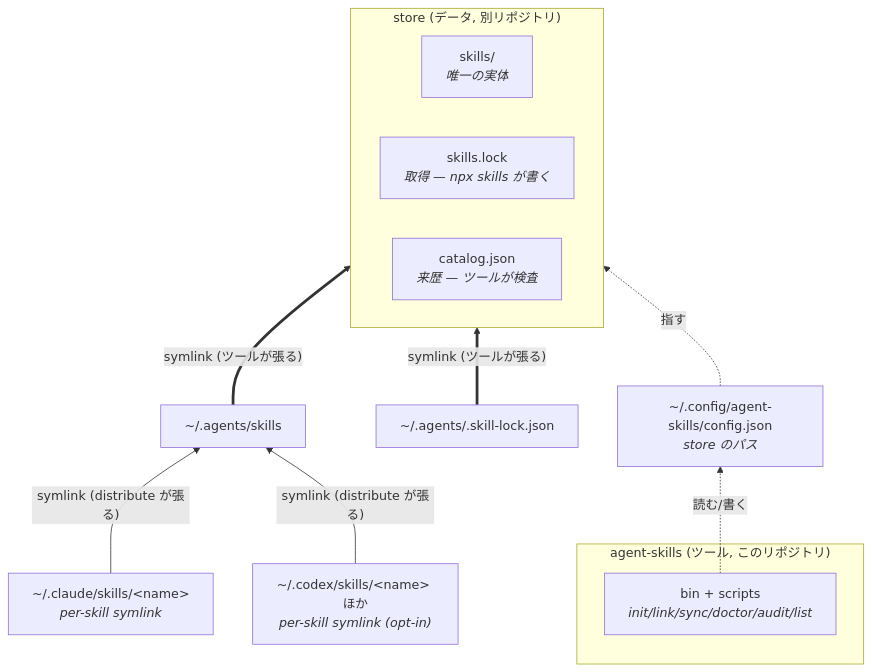
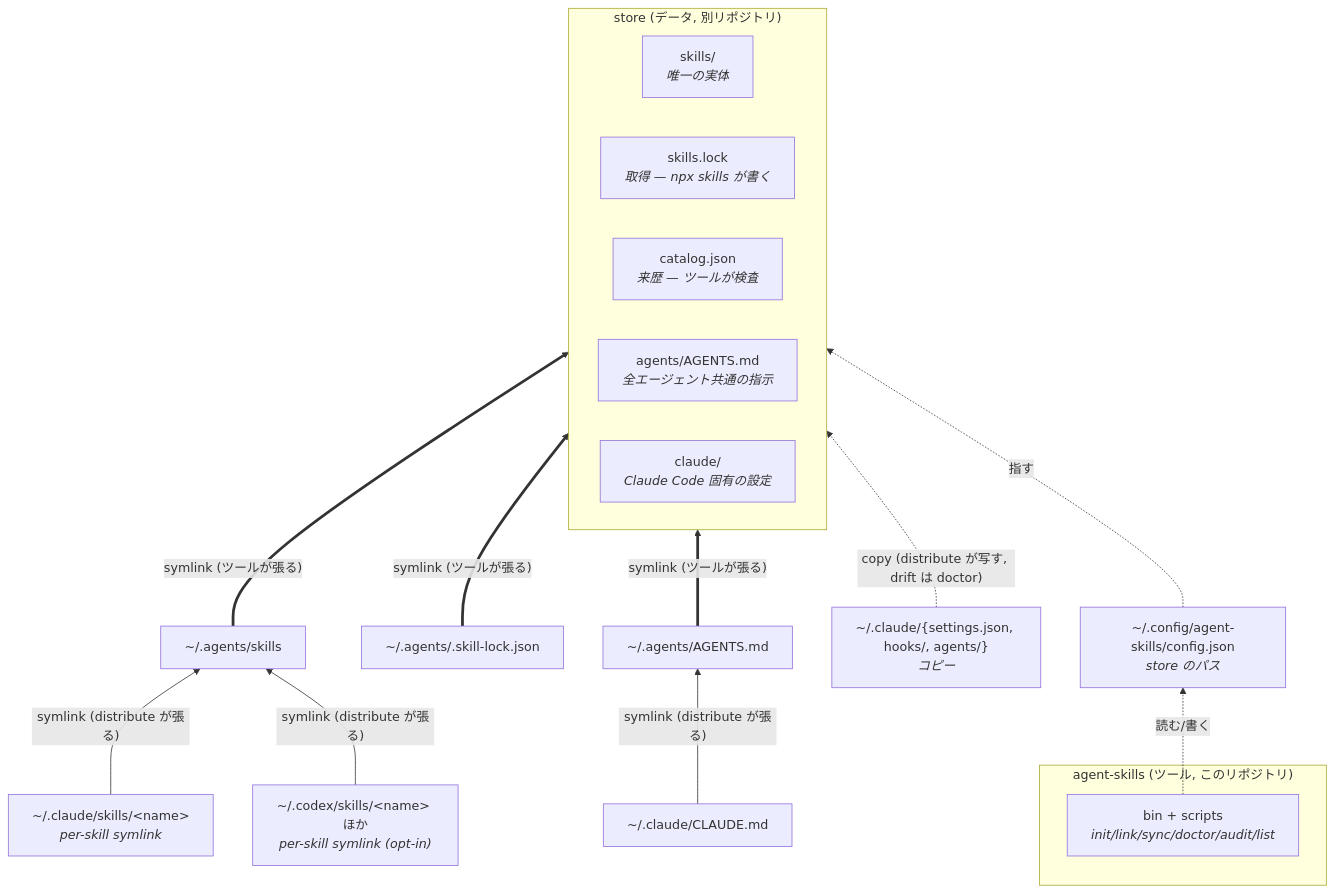
The first of 2 diagrams in docs/architecture.md (ken-ty/agent-skills), drawn with Mermaid before and after one commit. The commit also changed other lines of this file and 6 other files, not shown here.

First line of the commit message:
feat: store の claude/ を ~/.claude へコピー配布し、drift を doctor が報告する

````diff
--- a/docs/architecture.md
+++ b/docs/architecture.md
@@ -109,26 +109,34 @@
 ```mermaid
 flowchart BT
   subgraph tool["agent-skills (ツール, このリポジトリ)"]
     cli["bin + scripts<br/><i>init/link/sync/doctor/audit/list</i>"]
   end
 
   subgraph store["store (データ, 別リポジトリ)"]
     direction LR
     skills["skills/<br/><i>唯一の実体</i>"]
     lock["skills.lock<br/><i>取得 — npx skills が書く</i>"]
     catalog["catalog.json<br/><i>来歴 — ツールが検査</i>"]
+    agentsMdSrc["agents/AGENTS.md<br/><i>全エージェント共通の指示</i>"]
+    claudeDir["claude/<br/><i>Claude Code 固有の設定</i>"]
   end
 
   config["~/.config/agent-skills/config.json<br/><i>store のパス</i>"]
   agentsSkills["~/.agents/skills"]
   agentsLock["~/.agents/.skill-lock.json"]
+  agentsMd["~/.agents/AGENTS.md"]
   claude["~/.claude/skills/&lt;name&gt;<br/><i>per-skill symlink</i>"]
+  claudeMd["~/.claude/CLAUDE.md"]
+  claudeCfg["~/.claude/{settings.json, hooks/, agents/}<br/><i>コピー</i>"]
   others["~/.codex/skills/&lt;name&gt; ほか<br/><i>per-skill symlink (opt-in)</i>"]
 
   cli -.->|"読む/書く"| config
   config -.->|"指す"| store
   agentsSkills ==>|"symlink (ツールが張る)"| skills
   agentsLock ==>|"symlink (ツールが張る)"| lock
+  agentsMd ==>|"symlink (ツールが張る)"| agentsMdSrc
   claude -->|"symlink (distribute が張る)"| agentsSkills
+  claudeMd -->|"symlink (distribute が張る)"| agentsMd
+  claudeCfg -.->|"copy (distribute が写す, drift は doctor)"| claudeDir
   others -->|"symlink (distribute が張る)"| agentsSkills
 ```
````
